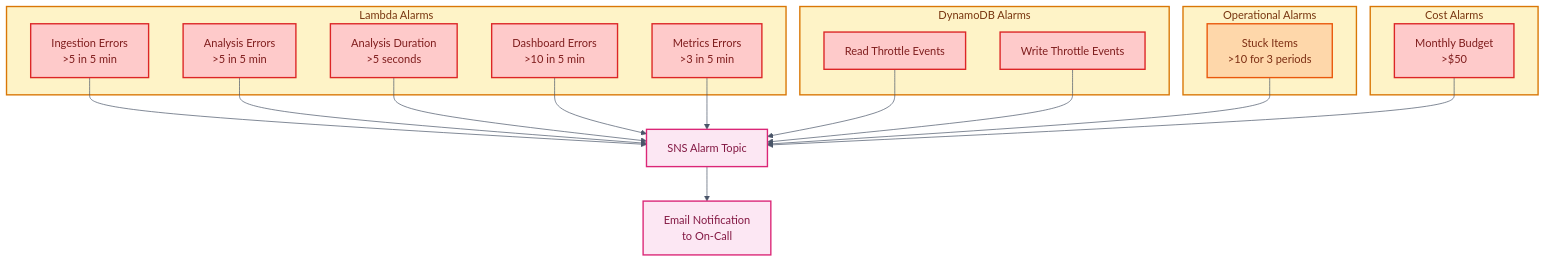
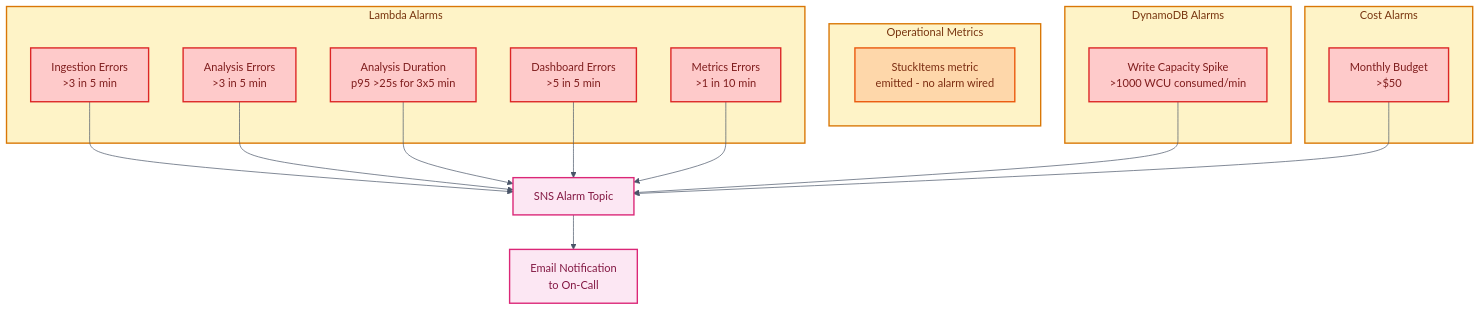
Before and after one commit to traylorre/sentiment-analyzer-gsk: the tenth of 10 diagrams in docs/operations/OPERATIONAL_FLOWS.md, drawn with Mermaid. The commit also changed other lines of this file and 96 other files, not shown here.

````diff
--- a/docs/operations/OPERATIONAL_FLOWS.md
+++ b/docs/operations/OPERATIONAL_FLOWS.md
@@ -555,46 +547,43 @@
 ```mermaid
 %%{init: {'theme': 'base', 'themeVariables': {'primaryColor': '#e8f4fd', 'primaryTextColor': '#1a365d', 'primaryBorderColor': '#3182ce', 'lineColor': '#4a5568'}}}%%
 graph TD
     subgraph LambdaAlarms["Lambda Alarms"]
-        IngestionErrors[Ingestion Errors<br/>>5 in 5 min]
-        AnalysisErrors[Analysis Errors<br/>>5 in 5 min]
-        AnalysisDuration[Analysis Duration<br/>>5 seconds]
-        DashboardErrors[Dashboard Errors<br/>>10 in 5 min]
-        MetricsErrors[Metrics Errors<br/>>3 in 5 min]
+        IngestionErrors[Ingestion Errors<br/>>3 in 5 min]
+        AnalysisErrors[Analysis Errors<br/>>3 in 5 min]
+        AnalysisDuration[Analysis Duration<br/>p95 >25s for 3x5 min]
+        DashboardErrors[Dashboard Errors<br/>>5 in 5 min]
+        MetricsErrors[Metrics Errors<br/>>1 in 10 min]
     end
 
     subgraph DDBAlarms["DynamoDB Alarms"]
-        ReadThrottle[Read Throttle Events]
-        WriteThrottle[Write Throttle Events]
+        WriteCapacity[Write Capacity Spike<br/>>1000 WCU consumed/min]
     end
 
-    subgraph OpsAlarms["Operational Alarms"]
-        StuckItems[Stuck Items<br/>>10 for 3 periods]
+    subgraph OpsAlarms["Operational Metrics"]
+        StuckItems[StuckItems metric<br/>emitted - no alarm wired]
     end
 
     subgraph CostAlarms["Cost Alarms"]
         BudgetAlert[Monthly Budget<br/>>$50]
     end
 
     IngestionErrors --> SNSTopic[SNS Alarm Topic]
     AnalysisErrors --> SNSTopic
     AnalysisDuration --> SNSTopic
     DashboardErrors --> SNSTopic
     MetricsErrors --> SNSTopic
-    ReadThrottle --> SNSTopic
-    WriteThrottle --> SNSTopic
-    StuckItems --> SNSTopic
+    WriteCapacity --> SNSTopic
     BudgetAlert --> SNSTopic
 
     SNSTopic --> Email[Email Notification<br/>to On-Call]
 
     classDef stageBox fill:#fef3c7,stroke:#d97706,stroke-width:2px,color:#78350f
     classDef alarmNode fill:#fecaca,stroke:#dc2626,stroke-width:2px,color:#7f1d1d
     classDef notificationNode fill:#fce7f3,stroke:#db2777,stroke-width:2px,color:#831843
     classDef operationalNode fill:#fed7aa,stroke:#ea580c,stroke-width:2px,color:#7c2d12
 
     class LambdaAlarms,DDBAlarms,OpsAlarms,CostAlarms stageBox
-    class IngestionErrors,AnalysisErrors,AnalysisDuration,DashboardErrors,MetricsErrors,ReadThrottle,WriteThrottle,BudgetAlert alarmNode
+    class IngestionErrors,AnalysisErrors,AnalysisDuration,DashboardErrors,MetricsErrors,WriteCapacity,BudgetAlert alarmNode
     class StuckItems operationalNode
     class SNSTopic,Email notificationNode
 ```
````
